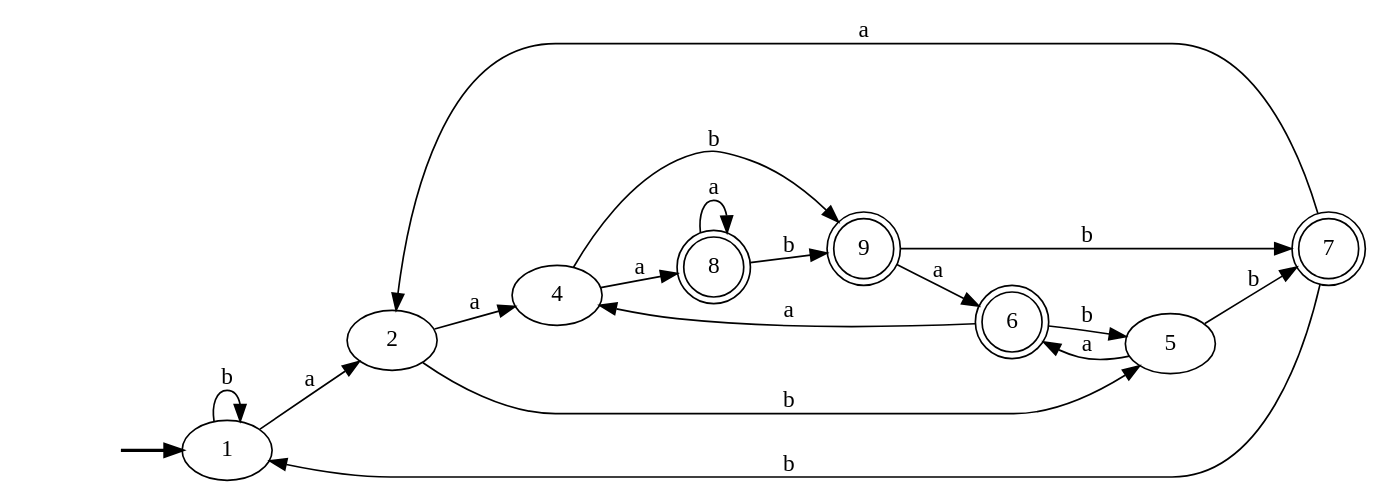
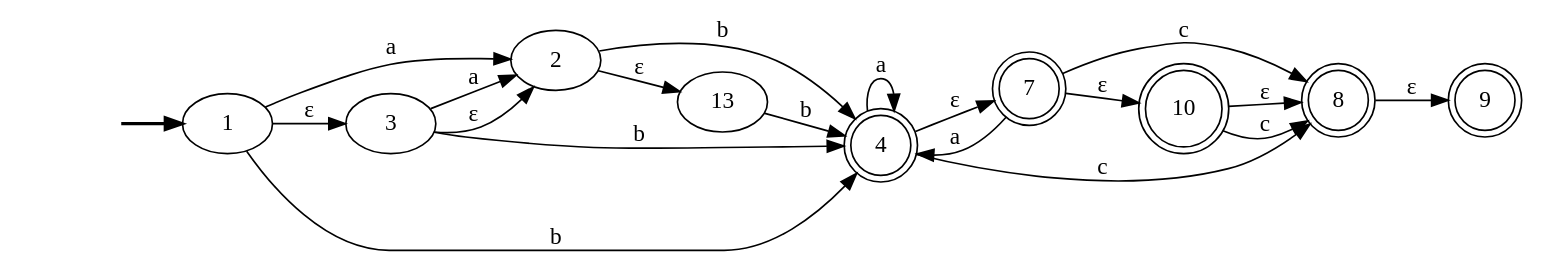
The diagram in Pre-laboratorio B/AFNtoAFD_MIN#5PreLabB.gv (bar20807/CompiladorProyect), drawn with Graphviz before and after one commit. The commit also changed 9 other files, not shown here.

```diff
--- a/Pre-laboratorio B/AFNtoAFD_MIN#5PreLabB.gv
+++ b/Pre-laboratorio B/AFNtoAFD_MIN#5PreLabB.gv
@@ -1,36 +1,40 @@
 digraph "AFNtoAFD_MIN#5PreLabB" {
 	graph [rankdir=LR]
 	fake [style=invisible]
 	fake -> 1 [style=bold]
 	1 [root=true]
 	2
 	1 -> 2 [label=a]
-	1 -> 1 [label=b]
+	3
+	1 -> 3 [label="ε"]
+	4 [shape=doublecircle]
+	1 -> 4 [label=b]
 	2
-	4
-	2 -> 4 [label=a]
-	5
-	2 -> 5 [label=b]
-	4
+	13
+	2 -> 13 [label="ε"]
+	2 -> 4 [label=b]
+	3
+	3 -> 2 [label=a]
+	3 -> 2 [label="ε"]
+	3 -> 4 [label=b]
+	4 [shape=doublecircle]
+	4 -> 4 [label=a]
+	7 [shape=doublecircle]
+	4 -> 7 [label="ε"]
 	8 [shape=doublecircle]
-	4 -> 8 [label=a]
+	4 -> 8 [label=c]
+	13
+	13 -> 4 [label=b]
+	7 [shape=doublecircle]
+	7 -> 4 [label=a]
+	10 [shape=doublecircle]
+	7 -> 10 [label="ε"]
+	7 -> 8 [label=c]
+	8 [shape=doublecircle]
 	9 [shape=doublecircle]
-	4 -> 9 [label=b]
-	5
-	6 [shape=doublecircle]
-	5 -> 6 [label=a]
-	7 [shape=doublecircle]
-	5 -> 7 [label=b]
-	8 [shape=doublecircle]
-	8 -> 8 [label=a]
-	8 -> 9 [label=b]
+	8 -> 9 [label="ε"]
+	10 [shape=doublecircle]
+	10 -> 8 [label="ε"]
+	10 -> 8 [label=c]
 	9 [shape=doublecircle]
-	9 -> 6 [label=a]
-	9 -> 7 [label=b]
-	6 [shape=doublecircle]
-	6 -> 4 [label=a]
-	6 -> 5 [label=b]
-	7 [shape=doublecircle]
-	7 -> 2 [label=a]
-	7 -> 1 [label=b]
 }
```
